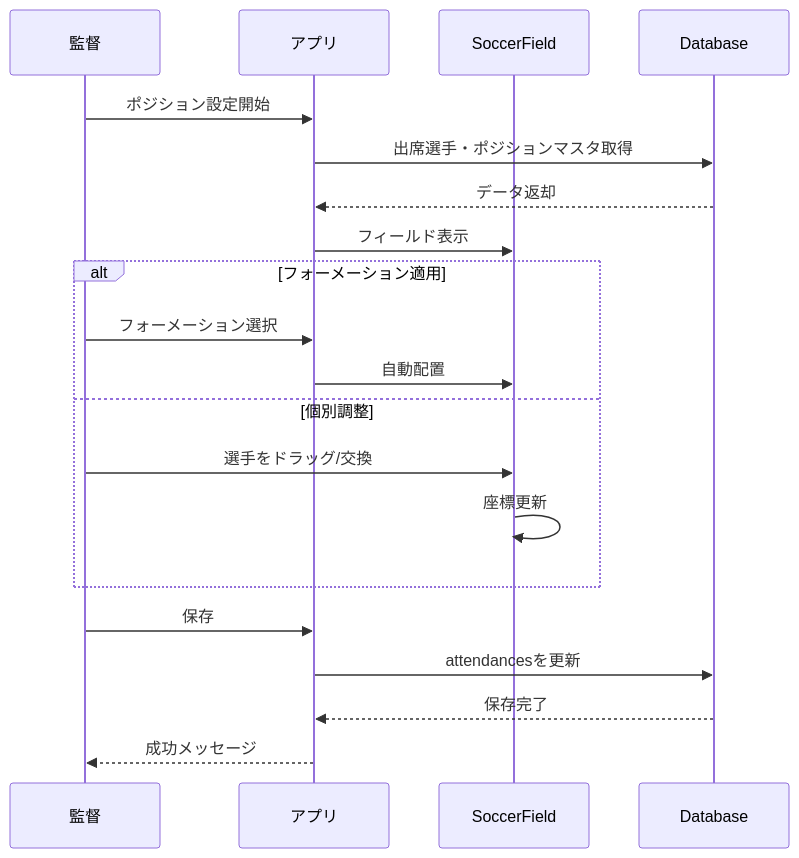
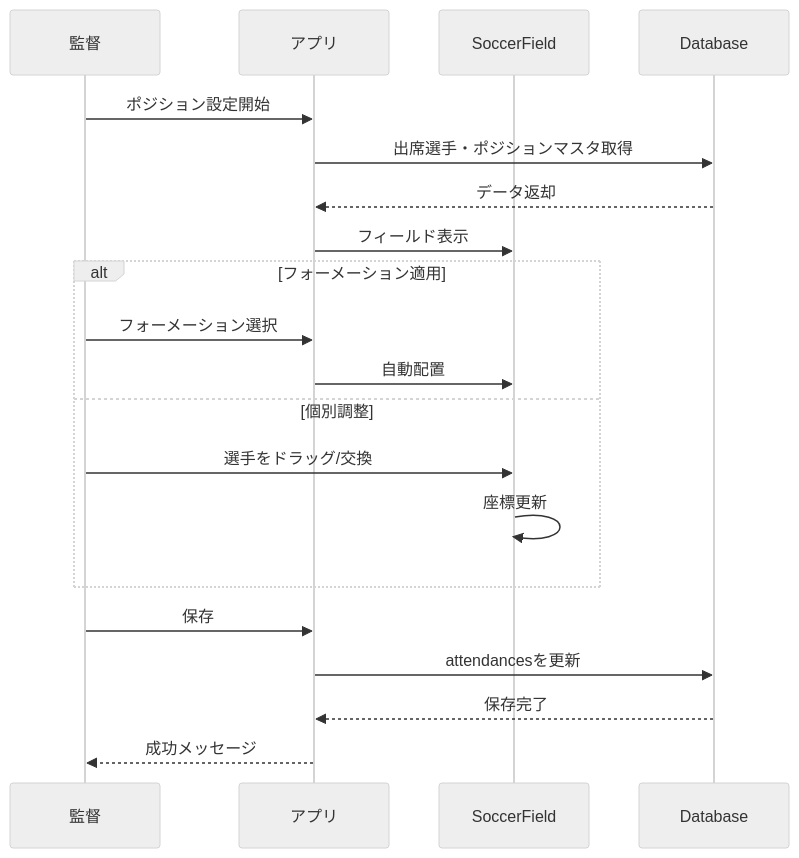
One commit to tsubasayamamoto322/matchmate changed the fourth of 5 diagrams in docs/design/02_機能要件.md. Above: the diagram before and after it, drawn with Mermaid. The commit also changed other lines of this file, not shown here.

````diff
--- a/docs/design/02_機能要件.md
+++ b/docs/design/02_機能要件.md
@@ -137,25 +139,26 @@
 ```mermaid
 sequenceDiagram
+    %%{init: {'theme': 'neutral'}}%%
     participant Manager as 監督
     participant App as アプリ
     participant Field as SoccerField
     participant DB as Database
 
     Manager->>App: ポジション設定開始
     App->>DB: 出席選手・ポジションマスタ取得
     DB-->>App: データ返却
     App->>Field: フィールド表示
     
     alt フォーメーション適用
         Manager->>App: フォーメーション選択
         App->>Field: 自動配置
     else 個別調整
         Manager->>Field: 選手をドラッグ/交換
         Field->>Field: 座標更新
     end
     
     Manager->>App: 保存
     App->>DB: attendancesを更新
     DB-->>App: 保存完了
     App-->>Manager: 成功メッセージ
 ```
````
